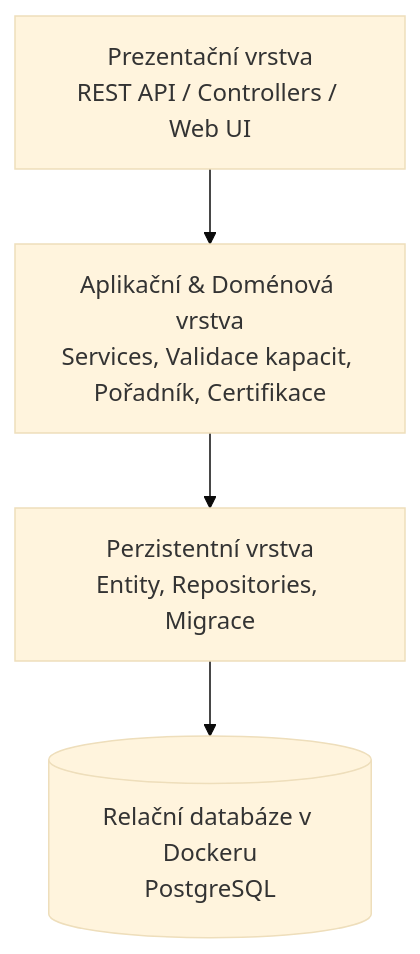
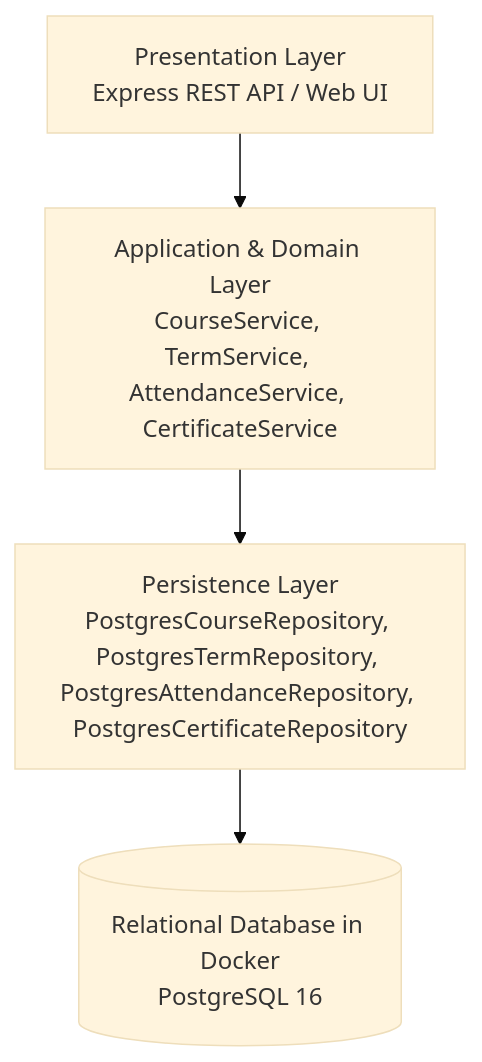
One commit to sifalma1/PPRO2026 changed the first of 2 diagrams in README.md. Above: the diagram before and after it, drawn with Mermaid (base theme). The commit also changed other lines of this file and 52 other files, not shown here.

````diff
--- a/README.md
+++ b/README.md
@@ -77,6 +89,6 @@
 ```mermaid
 graph TD
-    UI[Prezentační vrstva<br/>REST API / Controllers / Web UI] --> APP[Aplikační & Doménová vrstva<br/>Services, Validace kapacit, Pořadník, Certifikace]
-    APP --> DATA[Perzistentní vrstva<br/>Entity, Repositories, Migrace]
-    DATA --> DB[(Relační databáze v Dockeru<br/>PostgreSQL)]
+    UI[Presentation Layer<br/>Express REST API / Web UI] --> APP[Application & Domain Layer<br/>CourseService, TermService, AttendanceService, CertificateService]
+    APP --> DATA[Persistence Layer<br/>PostgresCourseRepository, PostgresTermRepository, PostgresAttendanceRepository, PostgresCertificateRepository]
+    DATA --> DB[(Relational Database in Docker<br/>PostgreSQL 16)]
 ```
````
